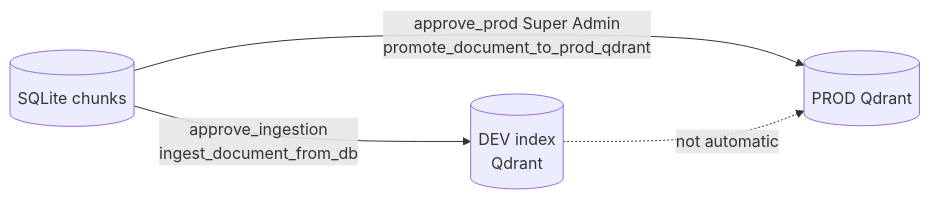
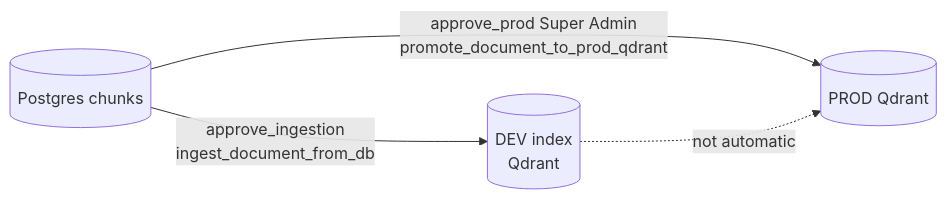
One commit to OpenAgriNet/knowledge-provider changed the fifth of 5 diagrams in docs/SYSTEM_DESIGN.md. Above: the diagram before and after it, drawn with Mermaid. The commit also changed other lines of this file and 5 other files, not shown here.

````diff
--- a/docs/SYSTEM_DESIGN.md
+++ b/docs/SYSTEM_DESIGN.md
@@ -354,10 +354,10 @@
 ```mermaid
 flowchart LR
-  SQLITE[(SQLite chunks)]
+  PGDB[(Postgres chunks)]
   DEV[(DEV index<br/>Qdrant)]
   PROD[(PROD Qdrant)]
 
-  SQLITE -->|approve_ingestion<br/>ingest_document_from_db| DEV
-  SQLITE -->|approve_prod Super Admin<br/>promote_document_to_prod_qdrant| PROD
+  PGDB -->|approve_ingestion<br/>ingest_document_from_db| DEV
+  PGDB -->|approve_prod Super Admin<br/>promote_document_to_prod_qdrant| PROD
   DEV -.->|not automatic| PROD
 ```
````
